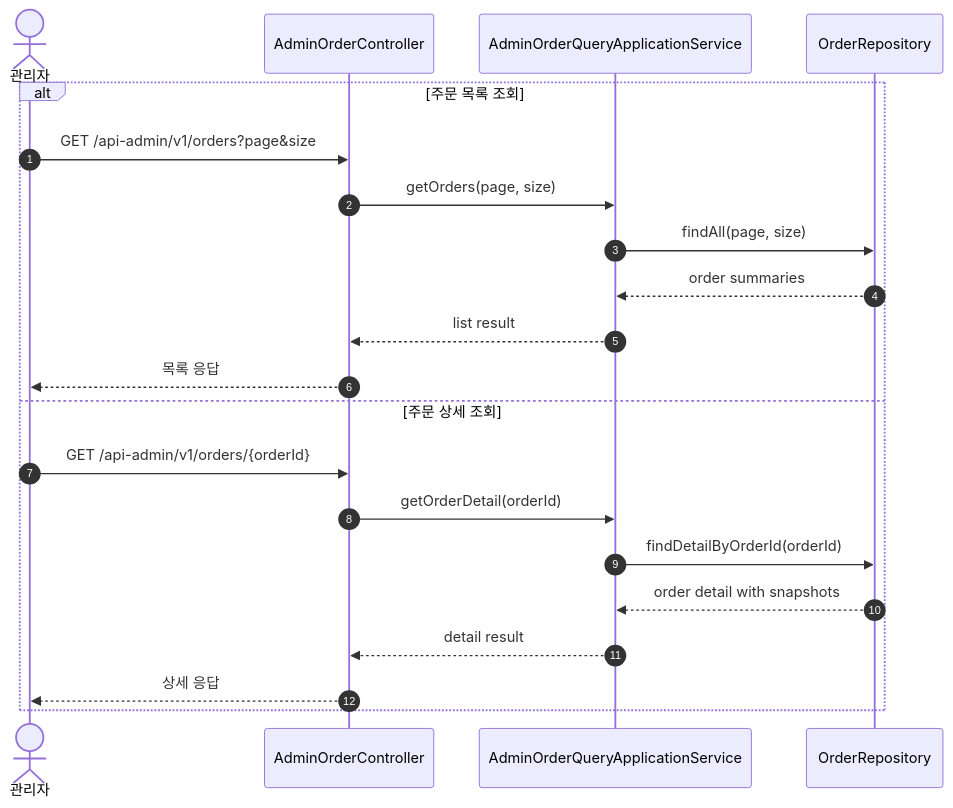
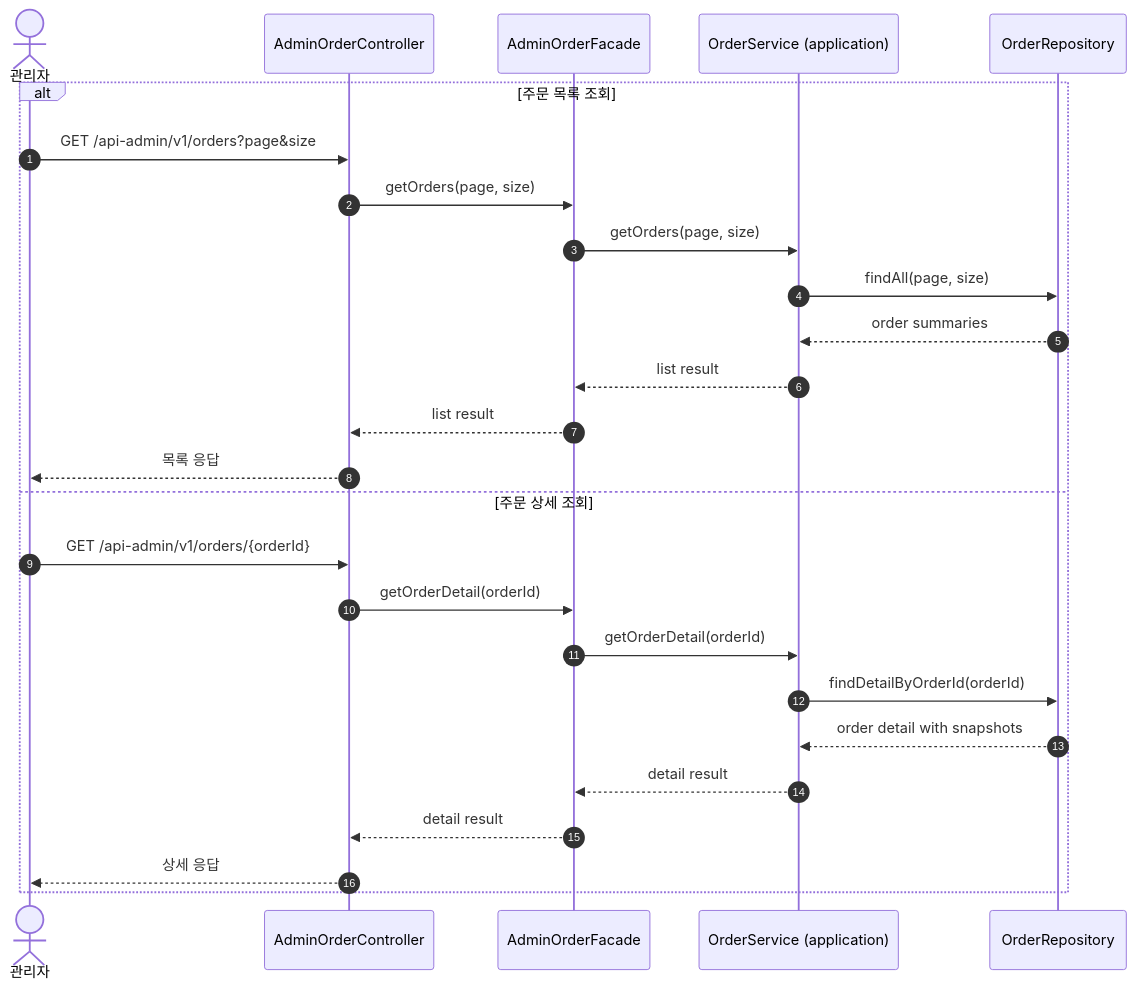
Before and after one commit to loopers-labs/loop-pack-be-l2-vol4-kotlin: the diagram in docs/week2/05-sequence-admin-order-query.md, drawn with Mermaid. The commit also changed other lines of this file and 6 other files, not shown here.

````diff
--- a/docs/week2/05-sequence-admin-order-query.md
+++ b/docs/week2/05-sequence-admin-order-query.md
@@ -10,24 +10,29 @@
 ```mermaid
 sequenceDiagram
     autonumber
     actor Admin as 관리자
     participant AdminOrderController as AdminOrderController
-    participant AdminOrderAppService as AdminOrderQueryApplicationService
+    participant AdminOrderFacade as AdminOrderFacade
+    participant OrderService as OrderService (application)
     participant OrderRepo as OrderRepository
 
     alt 주문 목록 조회
         Admin->>AdminOrderController: GET /api-admin/v1/orders?page&size
-        AdminOrderController->>AdminOrderAppService: getOrders(page, size)
-        AdminOrderAppService->>OrderRepo: findAll(page, size)
-        OrderRepo-->>AdminOrderAppService: order summaries
-        AdminOrderAppService-->>AdminOrderController: list result
+        AdminOrderController->>AdminOrderFacade: getOrders(page, size)
+        AdminOrderFacade->>OrderService: getOrders(page, size)
+        OrderService->>OrderRepo: findAll(page, size)
+        OrderRepo-->>OrderService: order summaries
+        OrderService-->>AdminOrderFacade: list result
+        AdminOrderFacade-->>AdminOrderController: list result
         AdminOrderController-->>Admin: 목록 응답
     else 주문 상세 조회
         Admin->>AdminOrderController: GET /api-admin/v1/orders/{orderId}
-        AdminOrderController->>AdminOrderAppService: getOrderDetail(orderId)
-        AdminOrderAppService->>OrderRepo: findDetailByOrderId(orderId)
-        OrderRepo-->>AdminOrderAppService: order detail with snapshots
-        AdminOrderAppService-->>AdminOrderController: detail result
+        AdminOrderController->>AdminOrderFacade: getOrderDetail(orderId)
+        AdminOrderFacade->>OrderService: getOrderDetail(orderId)
+        OrderService->>OrderRepo: findDetailByOrderId(orderId)
+        OrderRepo-->>OrderService: order detail with snapshots
+        OrderService-->>AdminOrderFacade: detail result
+        AdminOrderFacade-->>AdminOrderController: detail result
         AdminOrderController-->>Admin: 상세 응답
     end
 ```
````
